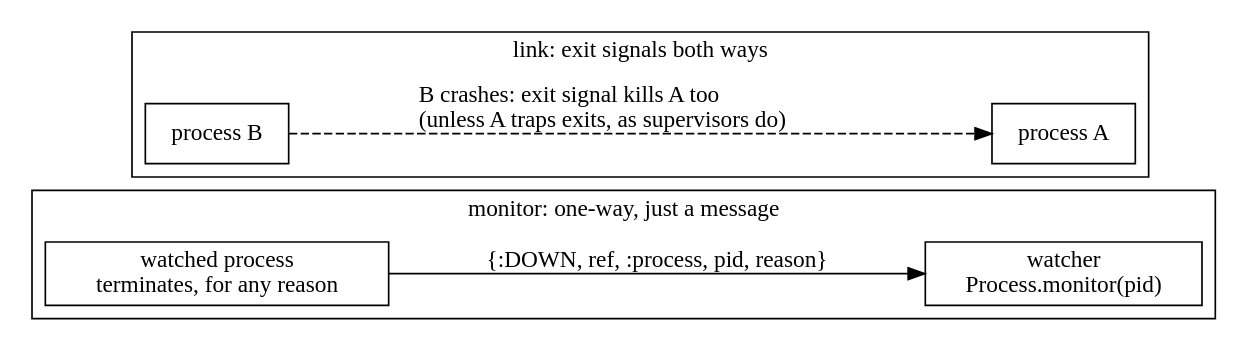
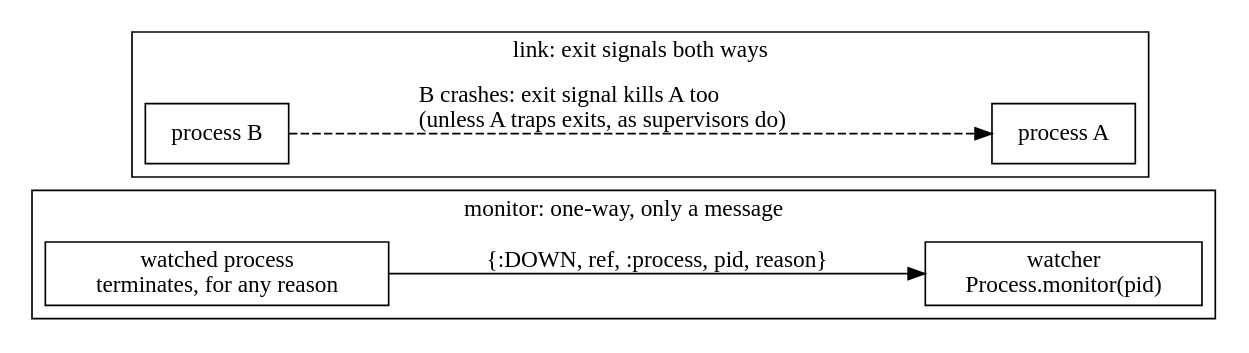
Before and after one commit to danceinthefake/visualixir: the diagram in docs/diagrams/genservers/link-vs-monitor.dot, drawn with Graphviz. The commit also changed 59 other files, not shown here.

First line of the commit message:
Apply ASD-STE100 to interface text and diagram labels

```diff
--- a/docs/diagrams/genservers/link-vs-monitor.dot
+++ b/docs/diagrams/genservers/link-vs-monitor.dot
@@ -1,16 +1,16 @@
 digraph link_vs_monitor {
   rankdir=LR
   node [shape=box]
   subgraph cluster_mon {
-    label="monitor: one-way, just a message"
+    label="monitor: one-way, only a message"
     w [label="watcher\nProcess.monitor(pid)" class=hl]
     t2 [label="watched process\nterminates, for any reason"]
     t2 -> w [label=" {:DOWN, ref, :process, pid, reason}"]
   }
   subgraph cluster_link {
     label="link: exit signals both ways"
     a [label="process A"]
     b [label="process B"]
     b -> a [label=" B crashes: exit signal kills A too\l(unless A traps exits, as supervisors do)\l" class=bad style=dashed]
   }
 }
```
